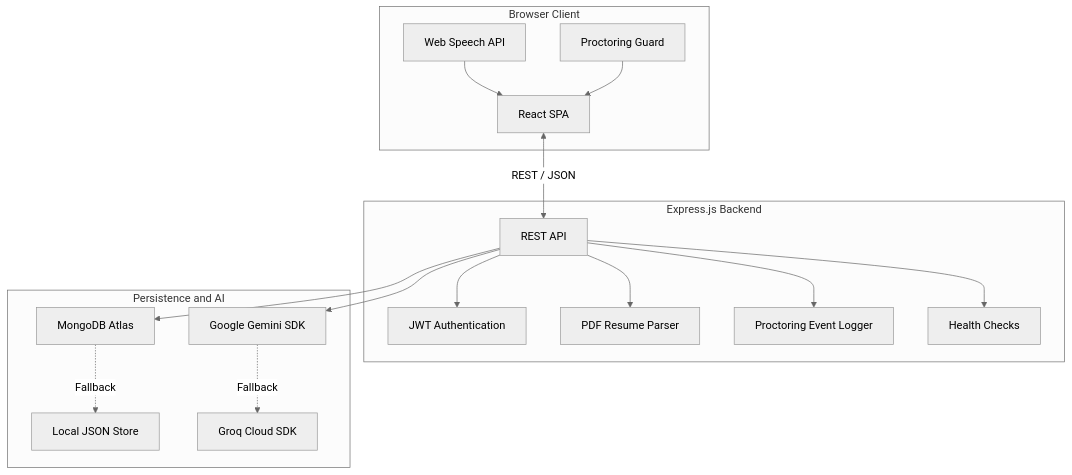
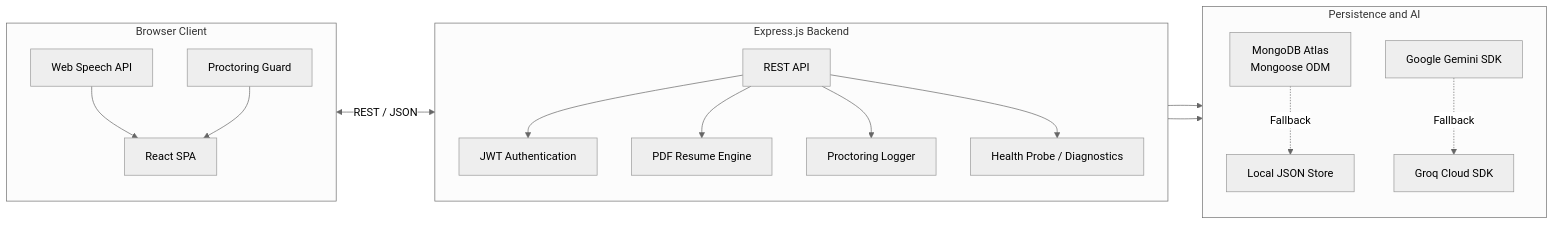
Before and after one commit to rahulmahasetha/MockInterviewHub: the diagram in README.md, drawn with Mermaid (neutral theme). The commit also changed other lines of this file, not shown here.

Commit message:
Revise architecture diagram and service names
Updated architecture diagram in README to reflect changes in service components.

````diff
--- a/README.md
+++ b/README.md
@@ -112,38 +113,41 @@
 ```mermaid
-flowchart TB
+flowchart LR
     subgraph Client["Browser Client"]
+        direction TB
         UI["React SPA"]
         Voice["Web Speech API"]
         Proctor["Proctoring Guard"]
 
         Voice --> UI
         Proctor --> UI
     end
 
     subgraph Server["Express.js Backend"]
+        direction TB
         API["REST API"]
         Auth["JWT Authentication"]
-        PDF["PDF Resume Parser"]
-        Logger["Proctoring Event Logger"]
-        Health["Health Checks"]
+        PDF["PDF Resume Engine"]
+        Viol["Proctoring Logger"]
+        Health["Health Probe / Diagnostics"]
 
         API --> Auth
         API --> PDF
-        API --> Logger
+        API --> Viol
         API --> Health
     end
 
-    subgraph Services["Persistence and AI"]
-        DB["MongoDB Atlas"]
+    subgraph Persistence["Persistence and AI"]
+        direction TB
+        DB["MongoDB Atlas<br/>Mongoose ODM"]
         JSON["Local JSON Store"]
-        Gemini["Google Gemini SDK"]
+        AI["Google Gemini SDK"]
         Groq["Groq Cloud SDK"]
 
         DB -.->|Fallback| JSON
-        Gemini -.->|Fallback| Groq
+        AI -.->|Fallback| Groq
     end
 
     UI <-->|REST / JSON| API
     API --> DB
-    API --> Gemini
+    API --> AI
 ```
````
